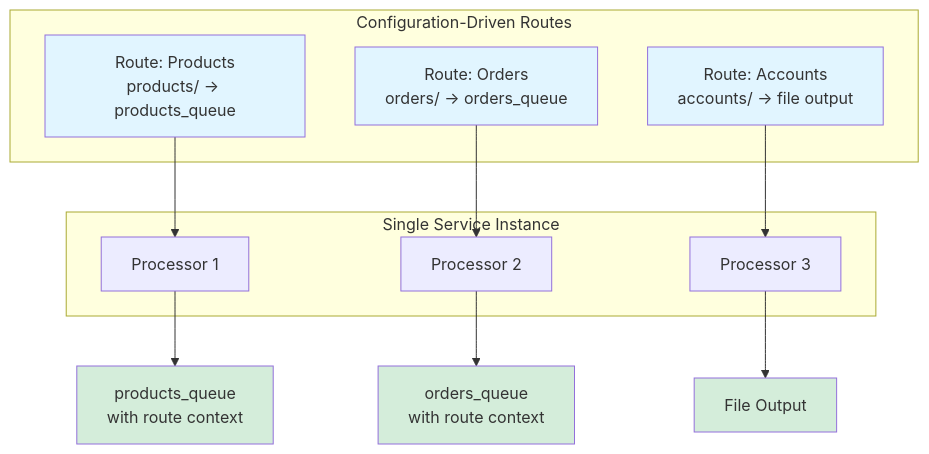
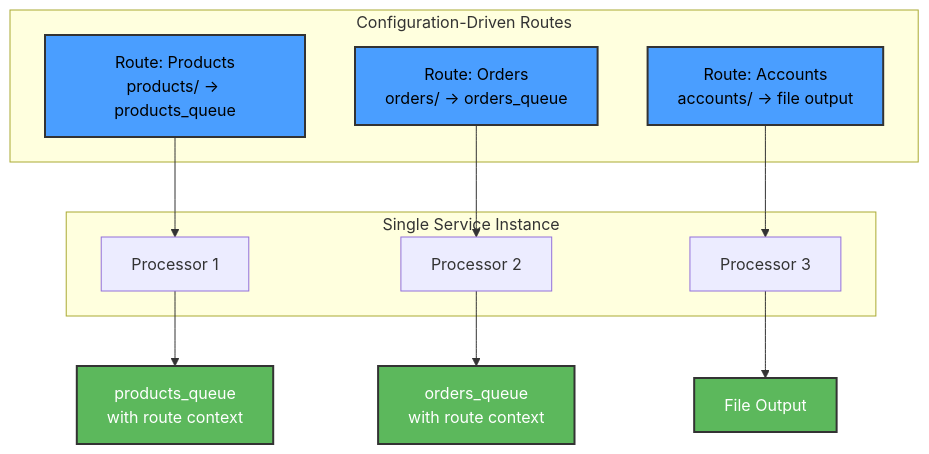
Before and after one commit to techie2000/csv2json: the second of 2 diagrams in README.md, drawn with Mermaid. The commit also changed other lines of this file, not shown here.

First line of the commit message:
docs: fix README - remove Python references and improve diagram readability

````diff
--- a/README.md
+++ b/README.md
@@ -61,29 +61,29 @@
 ```mermaid
 flowchart TB
     subgraph Routes["Configuration-Driven Routes"]
         R1[Route: Products<br/>products/ → products_queue]
         R2[Route: Orders<br/>orders/ → orders_queue]
         R3[Route: Accounts<br/>accounts/ → file output]
     end
     
     subgraph Service["Single Service Instance"]
         P1[Processor 1]
         P2[Processor 2]
         P3[Processor 3]
     end
     
     R1 --> P1
     R2 --> P2
     R3 --> P3
     
     P1 --> Q1[products_queue<br/>with route context]
     P2 --> Q2[orders_queue<br/>with route context]
     P3 --> F[File Output]
     
-    style R1 fill:#e1f5ff
-    style R2 fill:#e1f5ff
-    style R3 fill:#e1f5ff
-    style Q1 fill:#d4edda
-    style Q2 fill:#d4edda
-    style F fill:#d4edda
+    style R1 fill:#4a9eff,stroke:#333,stroke-width:2px,color:#000
+    style R2 fill:#4a9eff,stroke:#333,stroke-width:2px,color:#000
+    style R3 fill:#4a9eff,stroke:#333,stroke-width:2px,color:#000
+    style Q1 fill:#5cb85c,stroke:#333,stroke-width:2px,color:#fff
+    style Q2 fill:#5cb85c,stroke:#333,stroke-width:2px,color:#fff
+    style F fill:#5cb85c,stroke:#333,stroke-width:2px,color:#fff
 ```
````
